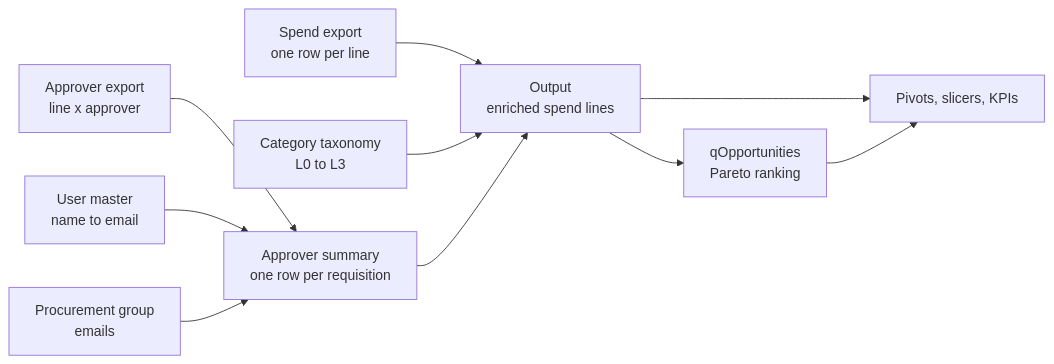
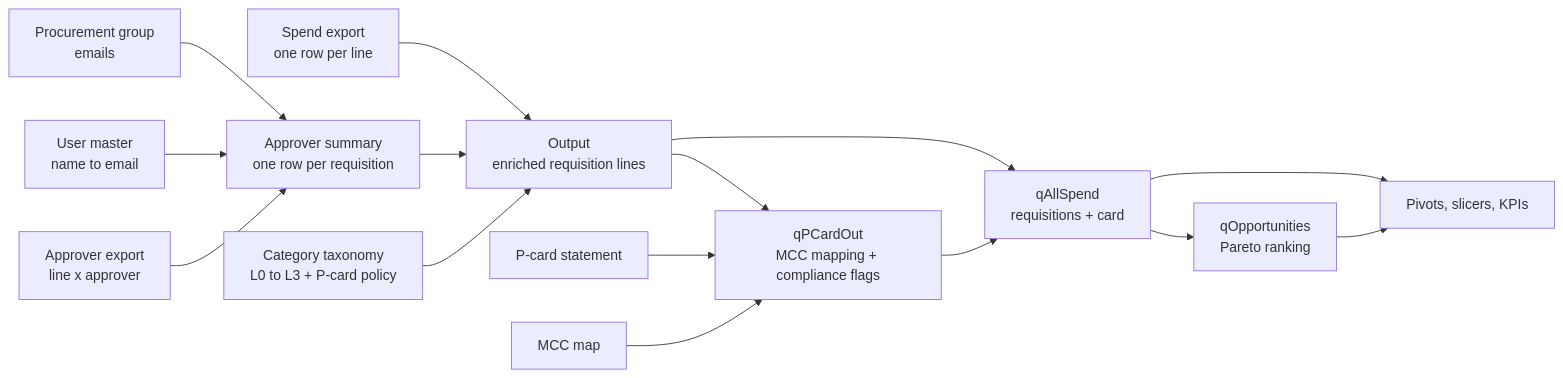
One commit to msenthilkan/procurement-opportunity-analysis changed the diagram in README.md. Above: the diagram before and after it, drawn with Mermaid. The commit also changed other lines of this file and 25 other files, not shown here.

````diff
--- a/README.md
+++ b/README.md
@@ -19,12 +20,17 @@
 ```mermaid
 flowchart LR
     A[Spend export<br/>one row per line] --> O
     B[Approver export<br/>line x approver] --> S[Approver summary<br/>one row per requisition]
     U[User master<br/>name to email] --> S
     P[Procurement group<br/>emails] --> S
-    T[Category taxonomy<br/>L0 to L3] --> O
-    S --> O[Output<br/>enriched spend lines]
-    O --> Q[qOpportunities<br/>Pareto ranking]
-    O --> V[Pivots, slicers, KPIs]
+    T[Category taxonomy<br/>L0 to L3 + P-card policy] --> O
+    S --> O[Output<br/>enriched requisition lines]
+    C[P-card statement] --> PC[qPCardOut<br/>MCC mapping + compliance flags]
+    M[MCC map] --> PC
+    O --> PC
+    O --> AS[qAllSpend<br/>requisitions + card]
+    PC --> AS
+    AS --> Q[qOpportunities<br/>Pareto ranking]
+    AS --> V[Pivots, slicers, KPIs]
     Q --> V
 ```
````
